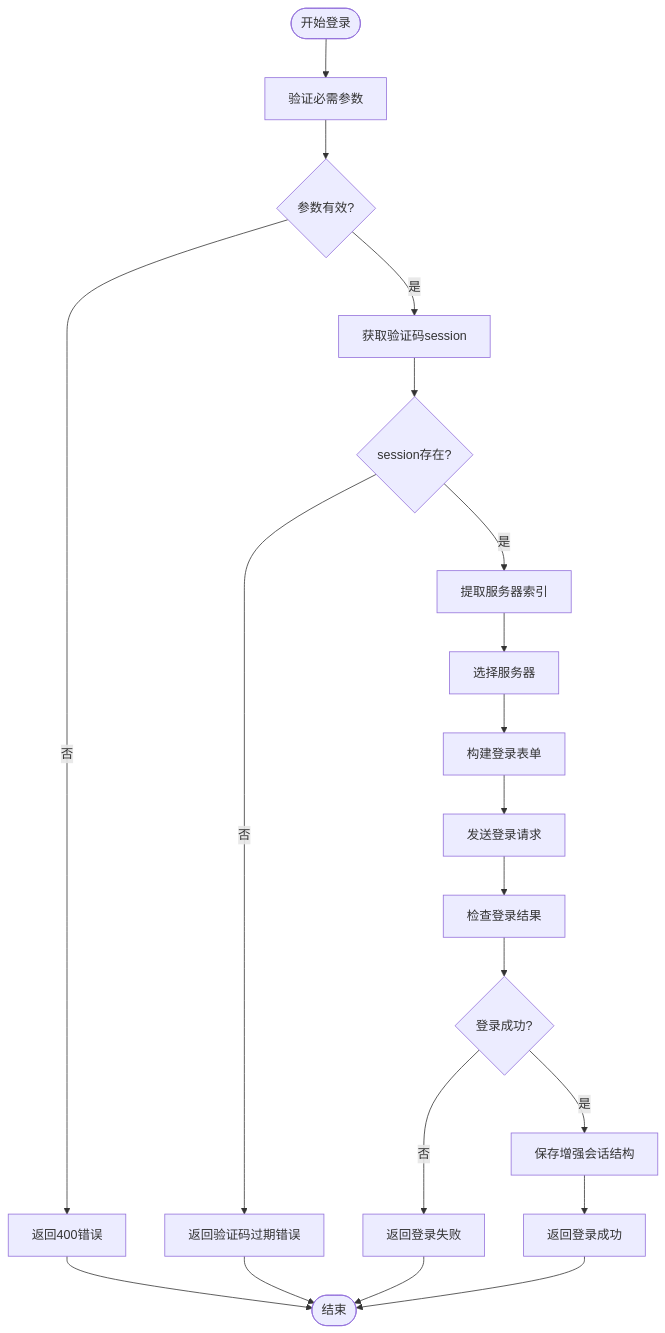
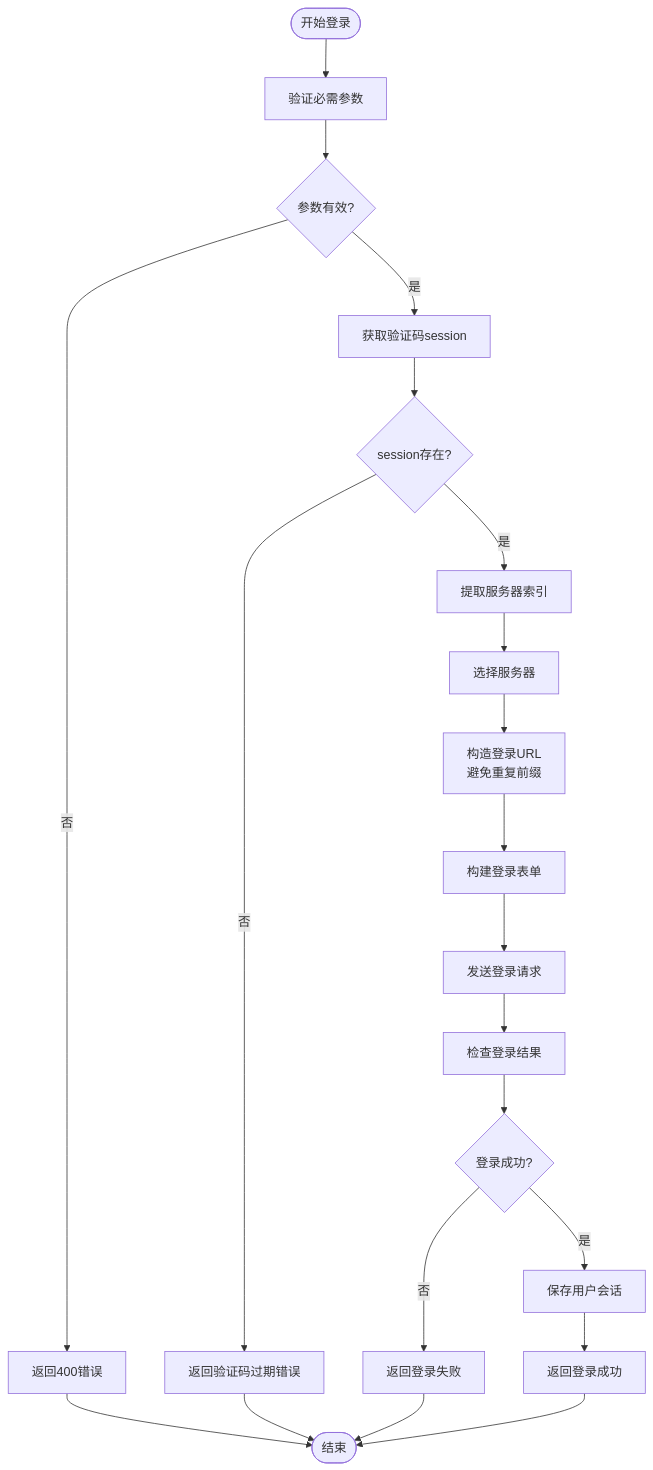
The third of 6 diagrams in .qoder/repowiki/zh/content/后端API文档/用户认证API.md (ghbbn053-ship-itsoulddog/soulddog), drawn with Mermaid before and after one commit. The commit also changed other lines of this file and 6 other files, not shown here.

````diff
--- a/.qoder/repowiki/zh/content/后端API文档/用户认证API.md
+++ b/.qoder/repowiki/zh/content/后端API文档/用户认证API.md
@@ -204,22 +201,23 @@
 ```mermaid
 flowchart TD
 Start([开始登录]) --> ValidateParams["验证必需参数"]
 ValidateParams --> ParamsValid{"参数有效?"}
 ParamsValid --> |否| Return400["返回400错误"]
 ParamsValid --> |是| GetCaptchaSession["获取验证码session"]
 GetCaptchaSession --> SessionExists{"session存在?"}
 SessionExists --> |否| ReturnExpired["返回验证码过期错误"]
 SessionExists --> |是| ExtractServerIndex["提取服务器索引"]
 ExtractServerIndex --> SelectServer["选择服务器"]
-SelectServer --> BuildFormData["构建登录表单"]
+SelectServer --> BuildLoginURL["构造登录URL<br/>避免重复前缀"]
+BuildLoginURL --> BuildFormData["构建登录表单"]
 BuildFormData --> SendLogin["发送登录请求"]
 SendLogin --> CheckResult["检查登录结果"]
 CheckResult --> LoginSuccess{"登录成功?"}
-LoginSuccess --> |是| SaveEnhancedSession["保存增强会话结构"]
+LoginSuccess --> |是| SaveSession["保存用户会话"]
 LoginSuccess --> |否| ReturnFail["返回登录失败"]
-SaveEnhancedSession --> ReturnSuccess["返回登录成功"]
+SaveSession --> ReturnSuccess["返回登录成功"]
 Return400 --> End([结束])
 ReturnExpired --> End
 ReturnFail --> End
 ReturnSuccess --> End
 ```
````
